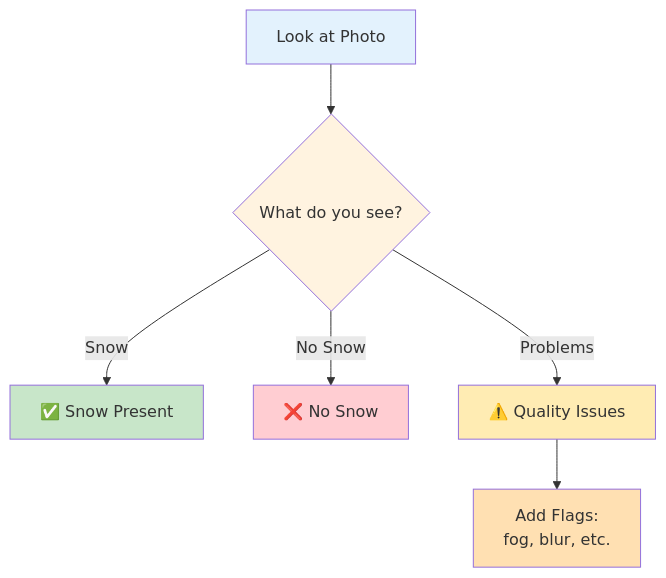
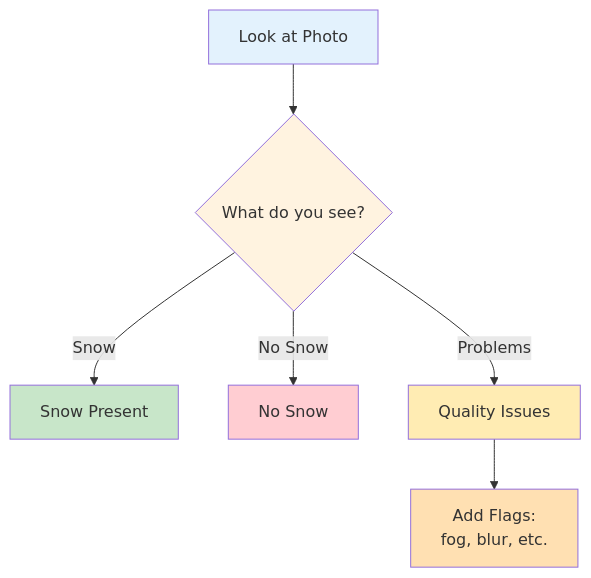
One commit to SITES-spectral/phenocai changed the third of 10 diagrams in docs/workflow_data_preparation.md. Above: the diagram before and after it, drawn with Mermaid. The commit also changed other lines of this file and 22 other files, not shown here.

````diff
--- a/docs/workflow_data_preparation.md
+++ b/docs/workflow_data_preparation.md
@@ -55,15 +55,15 @@
 ```mermaid
 graph TD
     A[Look at Photo] --> B{What do you see?}
-    B -->|Snow| C[✅ Snow Present]
-    B -->|No Snow| D[❌ No Snow]
-    B -->|Problems| E[⚠️ Quality Issues]
+    B -->|Snow| C[Snow Present]
+    B -->|No Snow| D[No Snow]
+    B -->|Problems| E[Quality Issues]
     E --> F[Add Flags:<br/>fog, blur, etc.]
     
     style A fill:#e3f2fd
     style B fill:#fff3e0
     style C fill:#c8e6c9
     style D fill:#ffcdd2
     style E fill:#ffecb3
     style F fill:#ffe0b2
 ```
````
